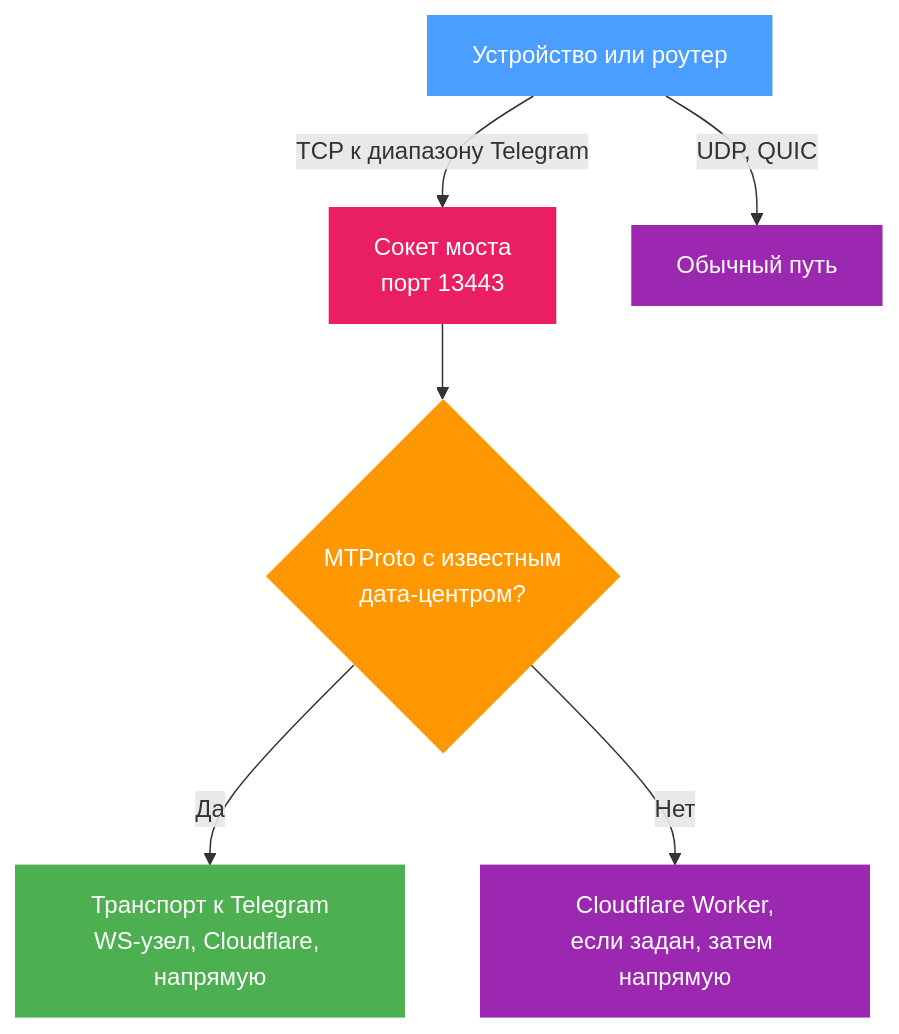
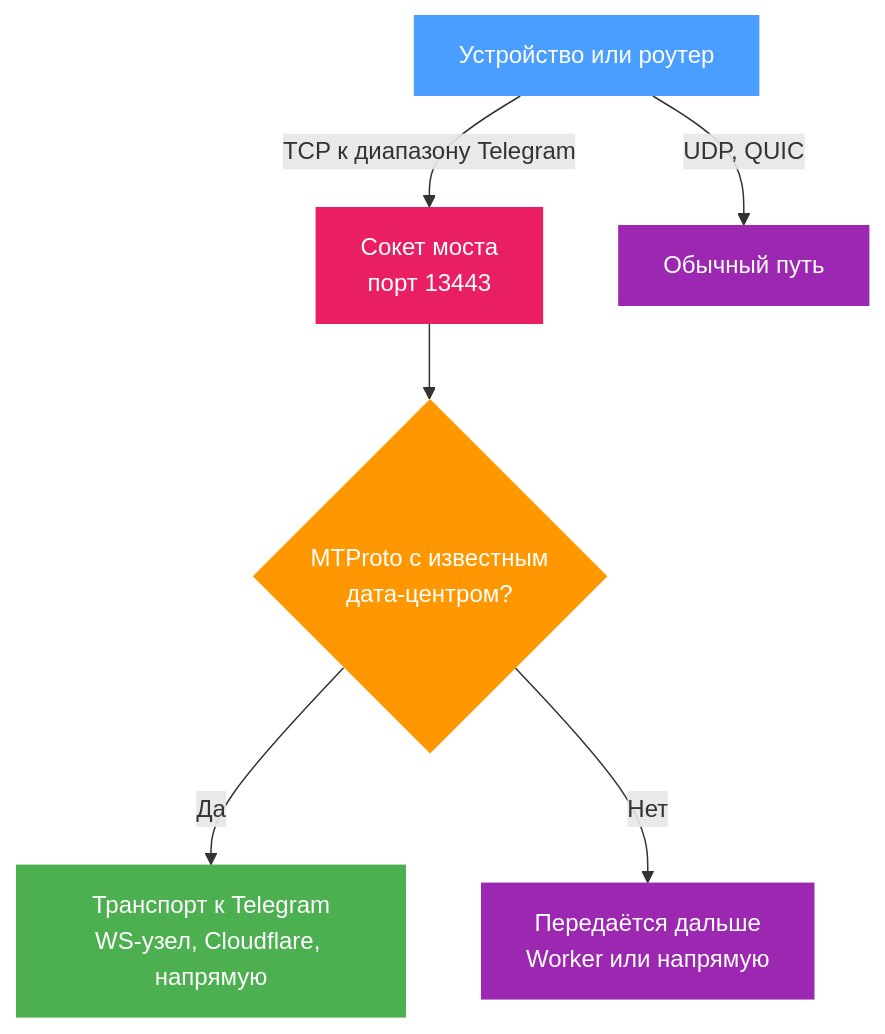
Before and after one commit to DanielLavrushin/b4: the diagram in docs/i18n/ru/docusaurus-plugin-content-docs/current/telegram/websocket-bridge.md, drawn with Mermaid. The commit also changed other lines of this file and 221 other files, not shown here.

````diff
--- a/docs/i18n/ru/docusaurus-plugin-content-docs/current/telegram/websocket-bridge.md
+++ b/docs/i18n/ru/docusaurus-plugin-content-docs/current/telegram/websocket-bridge.md
@@ -27,15 +27,15 @@
 ```mermaid
 flowchart TB
     C["Устройство или роутер"] -->|"TCP к диапазону Telegram"| L["Сокет моста<br/>порт 13443"]
     C -->|"UDP, QUIC"| N["Обычный путь"]
     L --> M{"MTProto с известным<br/>дата-центром?"}
     M -->|"Да"| U["Транспорт к Telegram<br/>WS-узел, Cloudflare, напрямую"]
-    M -->|"Нет"| W["Cloudflare Worker,<br/>если задан, затем напрямую"]
+    M -->|"Нет"| W["Передаётся дальше<br/>Worker или напрямую"]
 
     style C fill:#4a9eff,color:#fff,stroke:none
     style L fill:#e91e63,color:#fff,stroke:none
     style M fill:#ff9800,color:#fff,stroke:none
     style N fill:#9c27b0,color:#fff,stroke:none
     style U fill:#4caf50,color:#fff,stroke:none
     style W fill:#9c27b0,color:#fff,stroke:none
 ```
````
